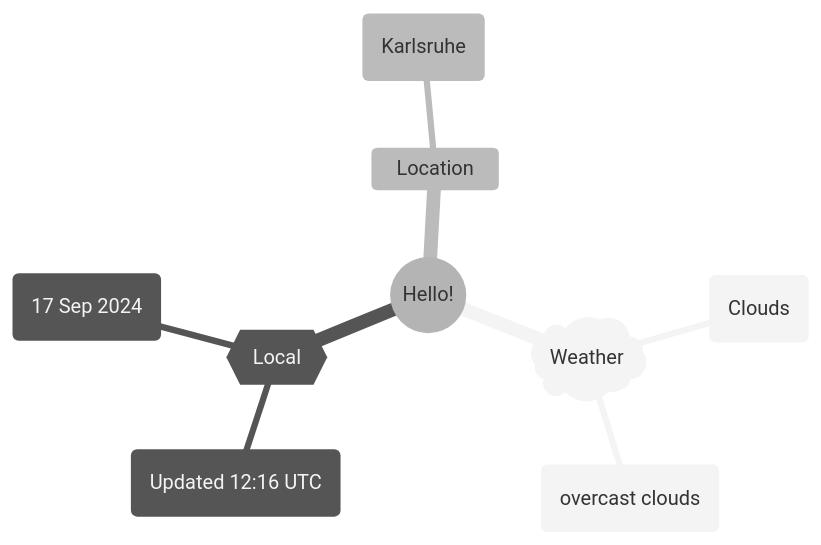
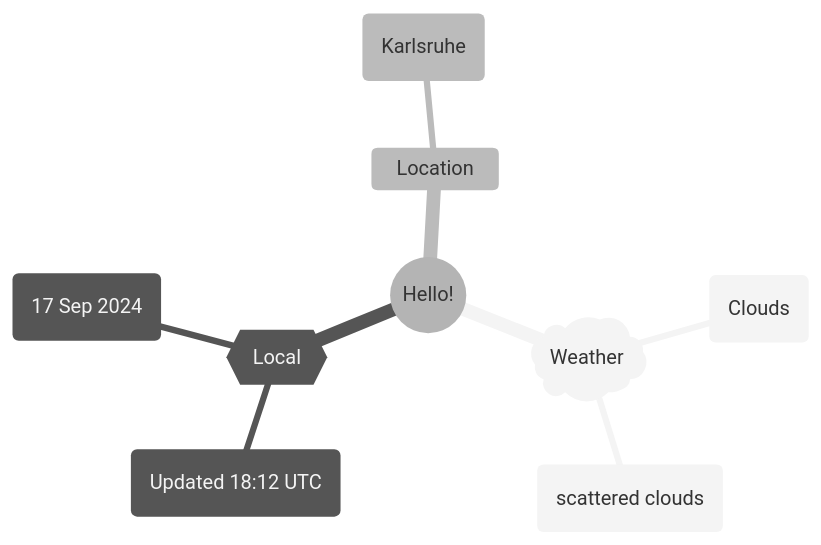
The first of 2 diagrams in README.md (Xosrov/Xosrov), drawn with Mermaid (neutral theme) before and after one commit.

Commit message:
[bot] updated images

````diff
--- a/README.md
+++ b/README.md
@@ -3,12 +3,12 @@
 ```mermaid
 mindmap
   root((Hello!))
     )Weather(
         (Clouds)
-        (overcast clouds)
+        (scattered clouds)
     {{Local}}
-        (Updated 12:16 UTC)
+        (Updated 18:12 UTC)
         (17 Sep 2024)
     Location
         (Karlsruhe)
 ```
````
